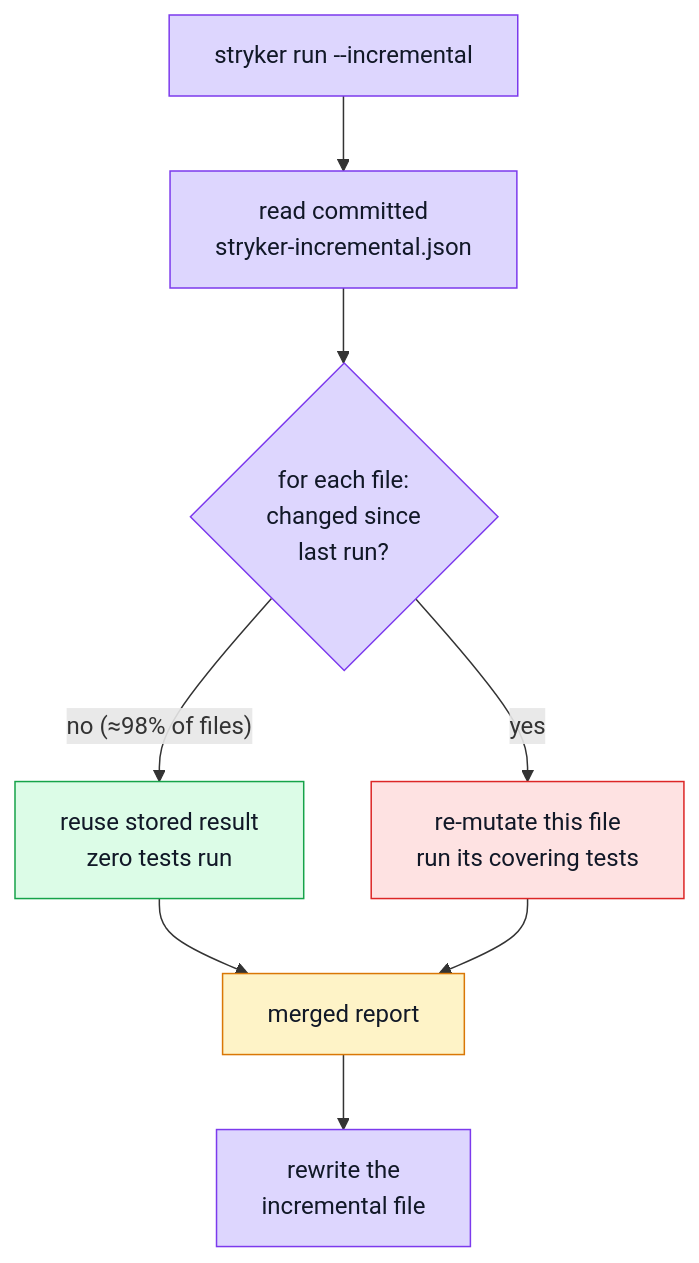
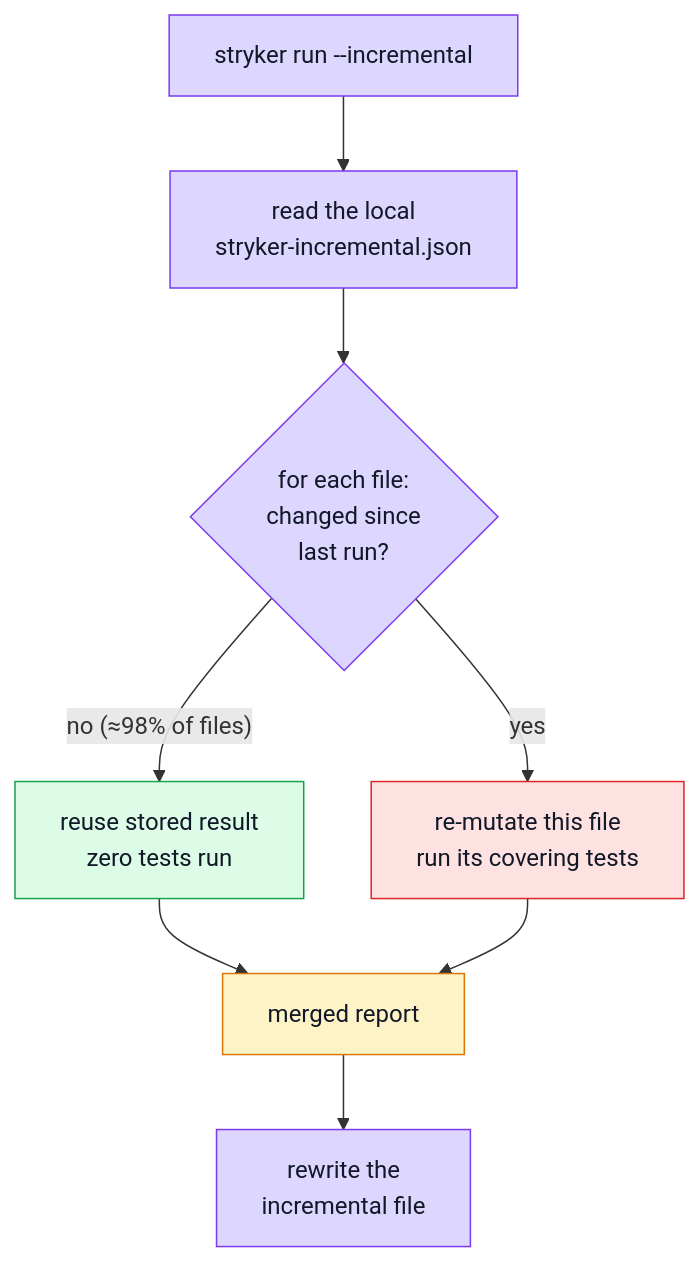
The fourth of 5 diagrams in docs/tools/mutation-testing.md (Guebbit/boilerplate-vue-frontend), drawn with Mermaid before and after one commit. The commit also changed other lines of this file and 38 other files, not shown here.

````diff
--- a/docs/tools/mutation-testing.md
+++ b/docs/tools/mutation-testing.md
@@ -272,20 +272,20 @@
 ```mermaid
 %%{init: {'flowchart': {'nodeSpacing': 45, 'rankSpacing': 50}}}%%
 flowchart TB
-    Run["stryker run --incremental"] --> Read["read committed\nstryker-incremental.json"]
+    Run["stryker run --incremental"] --> Read["read the local\nstryker-incremental.json"]
     Read --> Compare{"for each file:\nchanged since\nlast run?"}
     Compare -->|"no (≈98% of files)"| Reuse["reuse stored result\nzero tests run"]
     Compare -->|yes| Remutate["re-mutate this file\nrun its covering tests"]
     Reuse --> Merge["merged report"]
     Remutate --> Merge
     Merge --> Write["rewrite the\nincremental file"]
 
     classDef proc fill:#ddd6fe,stroke:#7c3aed,color:#111827;
     classDef good fill:#dcfce7,stroke:#16a34a,color:#111827;
     classDef bad fill:#fee2e2,stroke:#dc2626,color:#111827;
     classDef out fill:#fef3c7,stroke:#d97706,color:#111827;
     class Run,Read,Compare,Merge,Write proc;
     class Reuse good;
     class Remutate bad;
     class Merge out;
 ```
````
